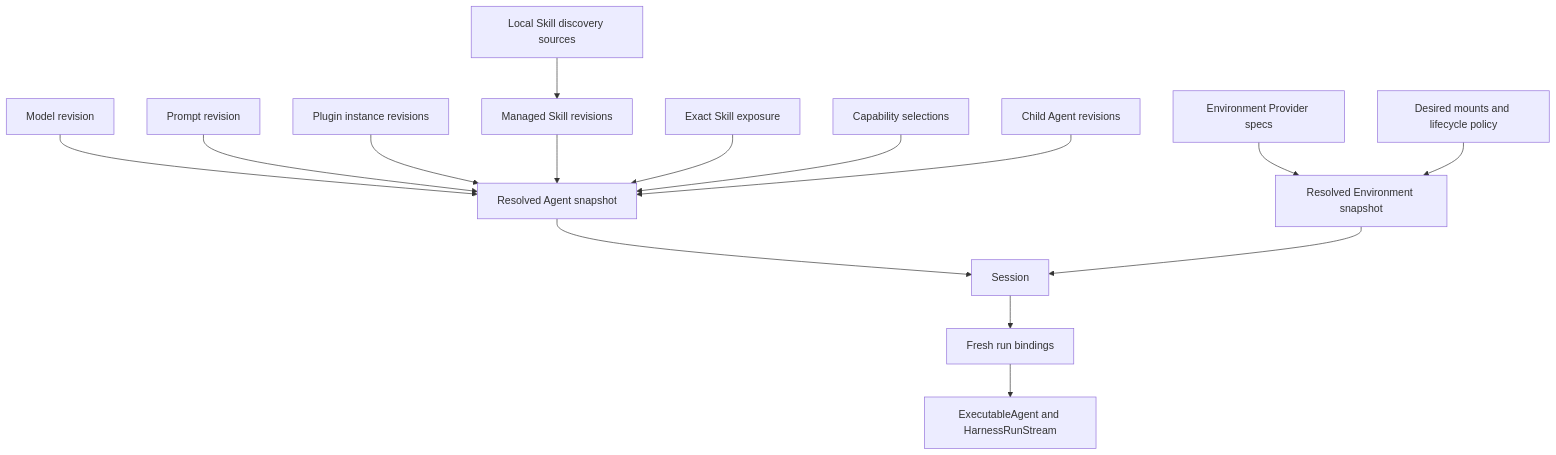
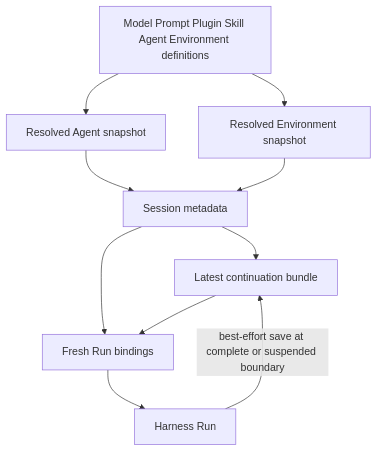
Before and after one commit to LTThreeComma/agent-foundation: the first of 3 diagrams in spec/agent-ui/00-overview.md, drawn with Mermaid. The commit also changed other lines of this file and 132 other files, not shown here.

First line of the commit message:
refactor(agent-ui): adopt continuation-backed local state (#60)

````diff
--- a/spec/agent-ui/00-overview.md
+++ b/spec/agent-ui/00-overview.md
@@ -23,26 +24,17 @@
 ```mermaid
 flowchart TB
-    Model[Model revision]
-    Prompt[Prompt revision]
-    Plugins[Plugin instance revisions]
-    SkillSources[Local Skill discovery sources]
-    Skills[Managed Skill revisions]
-    SkillExposure[Exact Skill exposure]
-    Caps[Capability selections]
-    Children[Child Agent revisions]
+    Definitions[Model Prompt Plugin Skill Agent Environment definitions]
     Agent[Resolved Agent snapshot]
+    Environment[Resolved Environment snapshot]
+    Session[Session metadata]
+    Continuation[Latest continuation bundle]
+    Bindings[Fresh Run bindings]
+    Harness[Harness Run]
 
-    Provider[Environment Provider specs]
-    Policy[Desired mounts and lifecycle policy]
-    Environment[Resolved Environment snapshot]
-
-    Session[Session]
-    Runtime[Fresh run bindings]
-    Harness[ExecutableAgent and HarnessRunStream]
-
-    SkillSources --> Skills
-    Model & Prompt & Plugins & Skills & SkillExposure & Caps & Children --> Agent
-    Provider & Policy --> Environment
+    Definitions --> Agent
+    Definitions --> Environment
     Agent & Environment --> Session
-    Session --> Runtime --> Harness
+    Session --> Continuation
+    Session & Continuation --> Bindings --> Harness
+    Harness -->|best-effort save at complete or suspended boundary| Continuation
 ```
````
